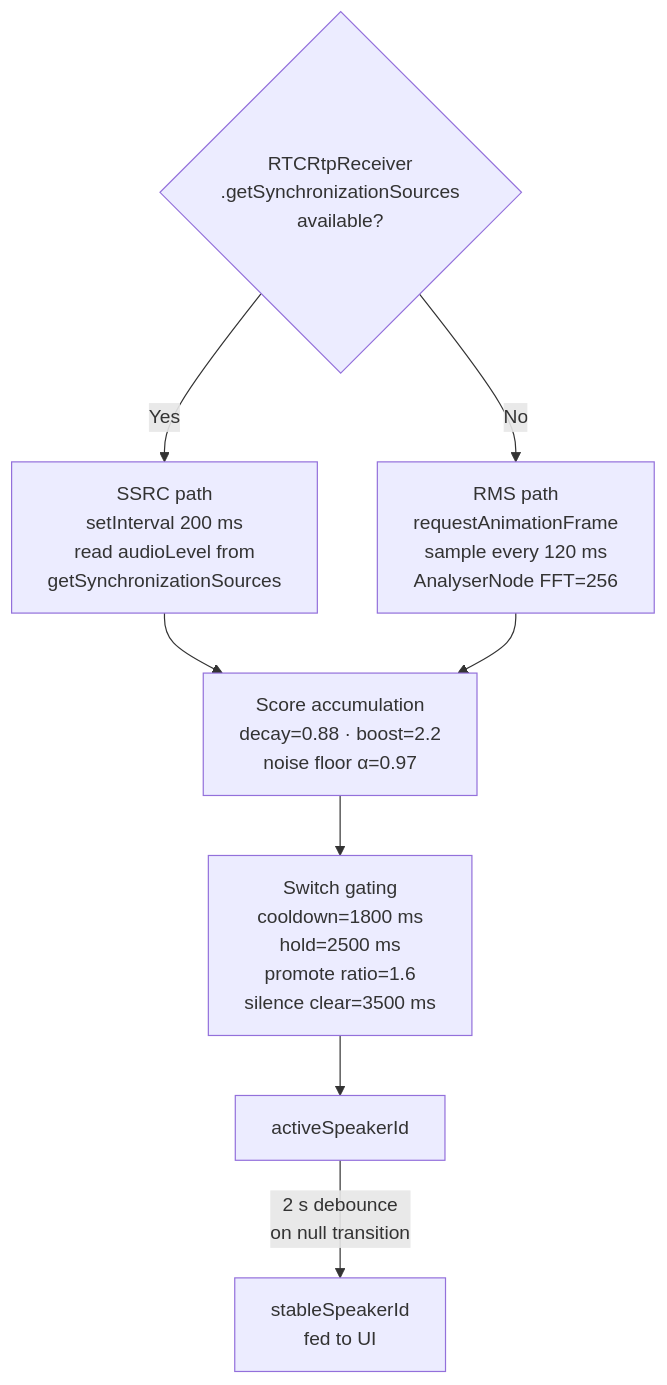
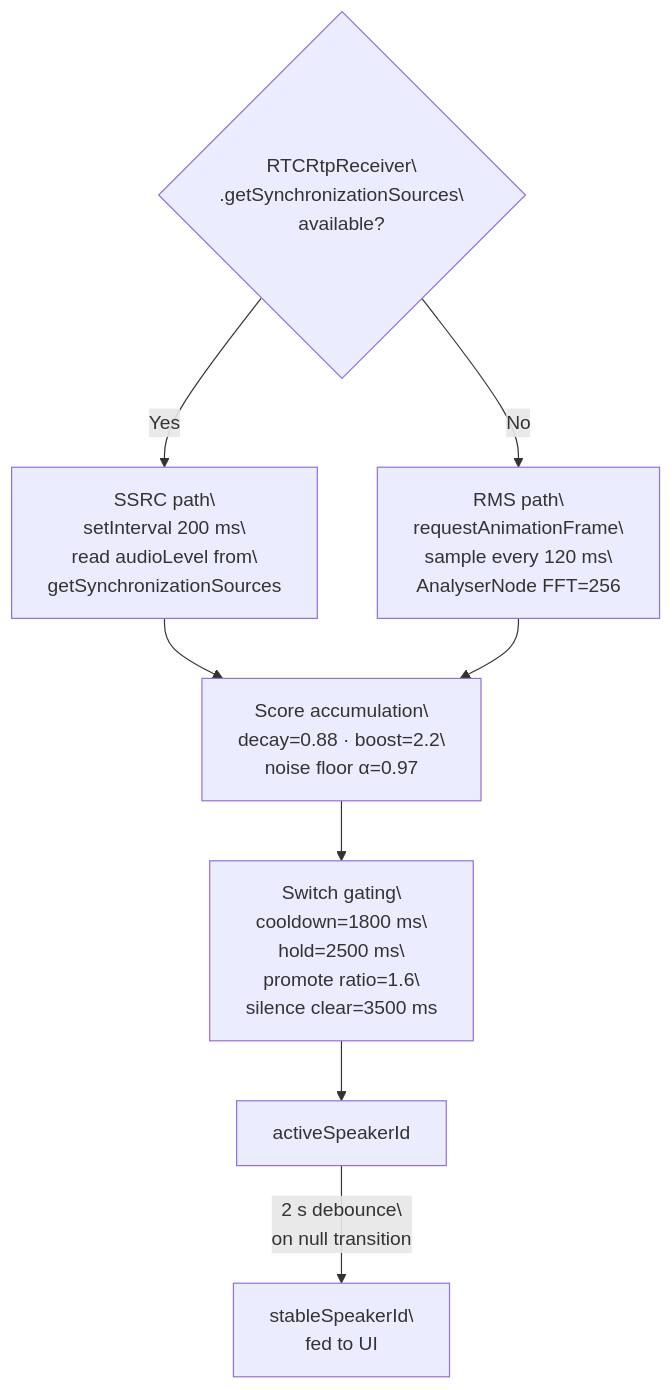
The fourth of 5 diagrams in docs/frontend.md (AnupamKumar-1/Hoovik), drawn with Mermaid before and after one commit. The commit also changed other lines of this file and 1 other file, not shown here.

````diff
--- a/docs/frontend.md
+++ b/docs/frontend.md
@@ -118,14 +118,14 @@
 ```mermaid
 flowchart TD
-    CHK{RTCRtpReceiver\n.getSynchronizationSources\navailable?}
+    CHK{RTCRtpReceiver\\n.getSynchronizationSources\\navailable?}
 
-    CHK -- Yes --> SSRC[SSRC path\nsetInterval 200 ms\nread audioLevel from\ngetSynchronizationSources]
-    CHK -- No --> RMS[RMS path\nrequestAnimationFrame\nsample every 120 ms\nAnalyserNode FFT=256]
+    CHK -- Yes --> SSRC[SSRC path\\nsetInterval 200 ms\\nread audioLevel from\\ngetSynchronizationSources]
+    CHK -- No --> RMS[RMS path\\nrequestAnimationFrame\\nsample every 120 ms\\nAnalyserNode FFT=256]
 
-    SSRC --> SCORE[Score accumulation\ndecay=0.88 · boost=2.2\nnoise floor α=0.97]
+    SSRC --> SCORE[Score accumulation\\ndecay=0.88 · boost=2.2\\nnoise floor α=0.97]
     RMS --> SCORE
 
-    SCORE --> GATE[Switch gating\ncooldown=1800 ms\nhold=2500 ms\npromote ratio=1.6\nsilence clear=3500 ms]
+    SCORE --> GATE[Switch gating\\ncooldown=1800 ms\\nhold=2500 ms\\npromote ratio=1.6\\nsilence clear=3500 ms]
     GATE --> AID[activeSpeakerId]
-    AID -- "2 s debounce\non null transition" --> SID[stableSpeakerId\nfed to UI]
+    AID -- "2 s debounce\\non null transition" --> SID[stableSpeakerId\\nfed to UI]
 ```
````
